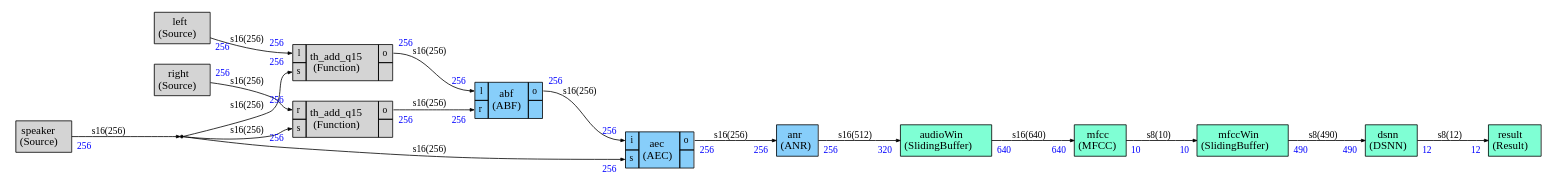
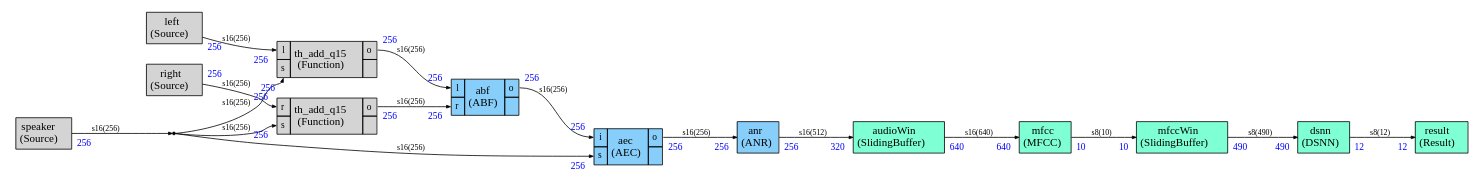
The diagram in src/cmsis_stream/audiomark.dot (christophe0606/audiomark), drawn with Graphviz before and after one commit. The commit also changed 8 other files, not shown here.

```diff
--- a/src/cmsis_stream/audiomark.dot
+++ b/src/cmsis_stream/audiomark.dot
@@ -140,92 +140,92 @@
 
 
 
-left:i -> th_add_q151:l [style="solid",color="black",fontsize="12.0",fontcolor="black",label=<s16(256)>
+left:i -> th_add_q151:l [style="solid",color="black",fontsize="10.0",fontcolor="black",label=<s16(256)>
 ,headlabel=<<TABLE BORDER="0" CELLPADDING="4"><TR><TD><FONT COLOR="blue" POINT-SIZE="12.0" >256</FONT>
 </TD></TR></TABLE>>
 ,taillabel=<<TABLE BORDER="0" CELLPADDING="4"><TR><TD><FONT COLOR="blue" POINT-SIZE="12.0" >256</FONT>
 </TD></TR></TABLE>>]
 
-right:i -> th_add_q152:r [style="solid",color="black",fontsize="12.0",fontcolor="black",label=<s16(256)>
+right:i -> th_add_q152:r [style="solid",color="black",fontsize="10.0",fontcolor="black",label=<s16(256)>
 ,headlabel=<<TABLE BORDER="0" CELLPADDING="4"><TR><TD><FONT COLOR="blue" POINT-SIZE="12.0" >256</FONT>
 </TD></TR></TABLE>>
 ,taillabel=<<TABLE BORDER="0" CELLPADDING="4"><TR><TD><FONT COLOR="blue" POINT-SIZE="12.0" >256</FONT>
 </TD></TR></TABLE>>]
 
-th_add_q151:o -> abf:l [style="solid",color="black",fontsize="12.0",fontcolor="black",label=<s16(256)>
+th_add_q151:o -> abf:l [style="solid",color="black",fontsize="10.0",fontcolor="black",label=<s16(256)>
 ,headlabel=<<TABLE BORDER="0" CELLPADDING="4"><TR><TD><FONT COLOR="blue" POINT-SIZE="12.0" >256</FONT>
 </TD></TR></TABLE>>
 ,taillabel=<<TABLE BORDER="0" CELLPADDING="4"><TR><TD><FONT COLOR="blue" POINT-SIZE="12.0" >256</FONT>
 </TD></TR></TABLE>>]
 
-th_add_q152:o -> abf:r [style="solid",color="black",fontsize="12.0",fontcolor="black",label=<s16(256)>
+th_add_q152:o -> abf:r [style="solid",color="black",fontsize="10.0",fontcolor="black",label=<s16(256)>
 ,headlabel=<<TABLE BORDER="0" CELLPADDING="4"><TR><TD><FONT COLOR="blue" POINT-SIZE="12.0" >256</FONT>
 </TD></TR></TABLE>>
 ,taillabel=<<TABLE BORDER="0" CELLPADDING="4"><TR><TD><FONT COLOR="blue" POINT-SIZE="12.0" >256</FONT>
 </TD></TR></TABLE>>]
 
-abf:o -> aec:i [style="solid",color="black",fontsize="12.0",fontcolor="black",label=<s16(256)>
+abf:o -> aec:i [style="solid",color="black",fontsize="10.0",fontcolor="black",label=<s16(256)>
 ,headlabel=<<TABLE BORDER="0" CELLPADDING="4"><TR><TD><FONT COLOR="blue" POINT-SIZE="12.0" >256</FONT>
 </TD></TR></TABLE>>
 ,taillabel=<<TABLE BORDER="0" CELLPADDING="4"><TR><TD><FONT COLOR="blue" POINT-SIZE="12.0" >256</FONT>
 </TD></TR></TABLE>>]
 
-aec:o -> anr:i [style="solid",color="black",fontsize="12.0",fontcolor="black",label=<s16(256)>
+aec:o -> anr:i [style="solid",color="black",fontsize="10.0",fontcolor="black",label=<s16(256)>
 ,headlabel=<<TABLE BORDER="0" CELLPADDING="4"><TR><TD><FONT COLOR="blue" POINT-SIZE="12.0" >256</FONT>
 </TD></TR></TABLE>>
 ,taillabel=<<TABLE BORDER="0" CELLPADDING="4"><TR><TD><FONT COLOR="blue" POINT-SIZE="12.0" >256</FONT>
 </TD></TR></TABLE>>]
 
-anr:i -> audioWin:i [style="solid",color="black",fontsize="12.0",fontcolor="black",label=<s16(512)>
+anr:i -> audioWin:i [style="solid",color="black",fontsize="10.0",fontcolor="black",label=<s16(512)>
 ,headlabel=<<TABLE BORDER="0" CELLPADDING="4"><TR><TD><FONT COLOR="blue" POINT-SIZE="12.0" >320</FONT>
 </TD></TR></TABLE>>
 ,taillabel=<<TABLE BORDER="0" CELLPADDING="4"><TR><TD><FONT COLOR="blue" POINT-SIZE="12.0" >256</FONT>
 </TD></TR></TABLE>>]
 
-audioWin:i -> mfcc:i [style="solid",color="black",fontsize="12.0",fontcolor="black",label=<s16(640)>
+audioWin:i -> mfcc:i [style="solid",color="black",fontsize="10.0",fontcolor="black",label=<s16(640)>
 ,headlabel=<<TABLE BORDER="0" CELLPADDING="4"><TR><TD><FONT COLOR="blue" POINT-SIZE="12.0" >640</FONT>
 </TD></TR></TABLE>>
 ,taillabel=<<TABLE BORDER="0" CELLPADDING="4"><TR><TD><FONT COLOR="blue" POINT-SIZE="12.0" >640</FONT>
 </TD></TR></TABLE>>]
 
-mfcc:i -> mfccWin:i [style="solid",color="black",fontsize="12.0",fontcolor="black",label=<s8(10)>
+mfcc:i -> mfccWin:i [style="solid",color="black",fontsize="10.0",fontcolor="black",label=<s8(10)>
 ,headlabel=<<TABLE BORDER="0" CELLPADDING="4"><TR><TD><FONT COLOR="blue" POINT-SIZE="12.0" >10</FONT>
 </TD></TR></TABLE>>
 ,taillabel=<<TABLE BORDER="0" CELLPADDING="4"><TR><TD><FONT COLOR="blue" POINT-SIZE="12.0" >10</FONT>
 </TD></TR></TABLE>>]
 
-mfccWin:i -> dsnn:i [style="solid",color="black",fontsize="12.0",fontcolor="black",label=<s8(490)>
+mfccWin:i -> dsnn:i [style="solid",color="black",fontsize="10.0",fontcolor="black",label=<s8(490)>
 ,headlabel=<<TABLE BORDER="0" CELLPADDING="4"><TR><TD><FONT COLOR="blue" POINT-SIZE="12.0" >490</FONT>
 </TD></TR></TABLE>>
 ,taillabel=<<TABLE BORDER="0" CELLPADDING="4"><TR><TD><FONT COLOR="blue" POINT-SIZE="12.0" >490</FONT>
 </TD></TR></TABLE>>]
 
-dsnn:i -> result:i [style="solid",color="black",fontsize="12.0",fontcolor="black",label=<s8(12)>
+dsnn:i -> result:i [style="solid",color="black",fontsize="10.0",fontcolor="black",label=<s8(12)>
 ,headlabel=<<TABLE BORDER="0" CELLPADDING="4"><TR><TD><FONT COLOR="blue" POINT-SIZE="12.0" >12</FONT>
 </TD></TR></TABLE>>
 ,taillabel=<<TABLE BORDER="0" CELLPADDING="4"><TR><TD><FONT COLOR="blue" POINT-SIZE="12.0" >12</FONT>
 </TD></TR></TABLE>>]
 
 speaker:i ->  
-dup0 [style="solid",color="black",fontsize="12.0",fontcolor="black",label=<s16(256)>
+dup0 [style="solid",color="black",fontsize="10.0",fontcolor="black",label=<s16(256)>
 
 ,taillabel=<<TABLE BORDER="0" CELLPADDING="4"><TR><TD><FONT COLOR="blue" POINT-SIZE="12.0" >256</FONT>
 </TD></TR></TABLE>>]
 
  
-dup0 -> th_add_q151:s [style="solid",color="black",fontsize="12.0",fontcolor="black",label=<s16(256)>
+dup0 -> th_add_q151:s [style="solid",color="black",fontsize="10.0",fontcolor="black",label=<s16(256)>
 ,headlabel=<<TABLE BORDER="0" CELLPADDING="4"><TR><TD><FONT COLOR="blue" POINT-SIZE="12.0" >256</FONT>
 </TD></TR></TABLE>>
 ]
 
  
-dup0 -> th_add_q152:s [style="solid",color="black",fontsize="12.0",fontcolor="black",label=<s16(256)>
+dup0 -> th_add_q152:s [style="solid",color="black",fontsize="10.0",fontcolor="black",label=<s16(256)>
 ,headlabel=<<TABLE BORDER="0" CELLPADDING="4"><TR><TD><FONT COLOR="blue" POINT-SIZE="12.0" >256</FONT>
 </TD></TR></TABLE>>
 ]
 
  
-dup0 -> aec:s [style="solid",color="black",fontsize="12.0",fontcolor="black",label=<s16(256)>
+dup0 -> aec:s [style="solid",color="black",fontsize="10.0",fontcolor="black",label=<s16(256)>
 ,headlabel=<<TABLE BORDER="0" CELLPADDING="4"><TR><TD><FONT COLOR="blue" POINT-SIZE="12.0" >256</FONT>
 </TD></TR></TABLE>>
 ]
```
